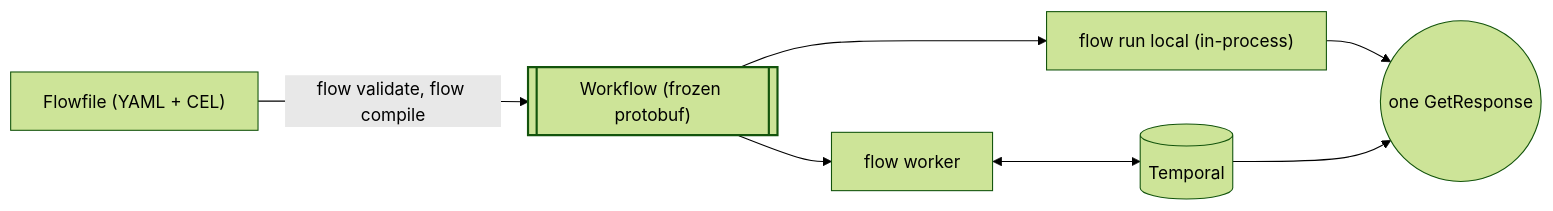
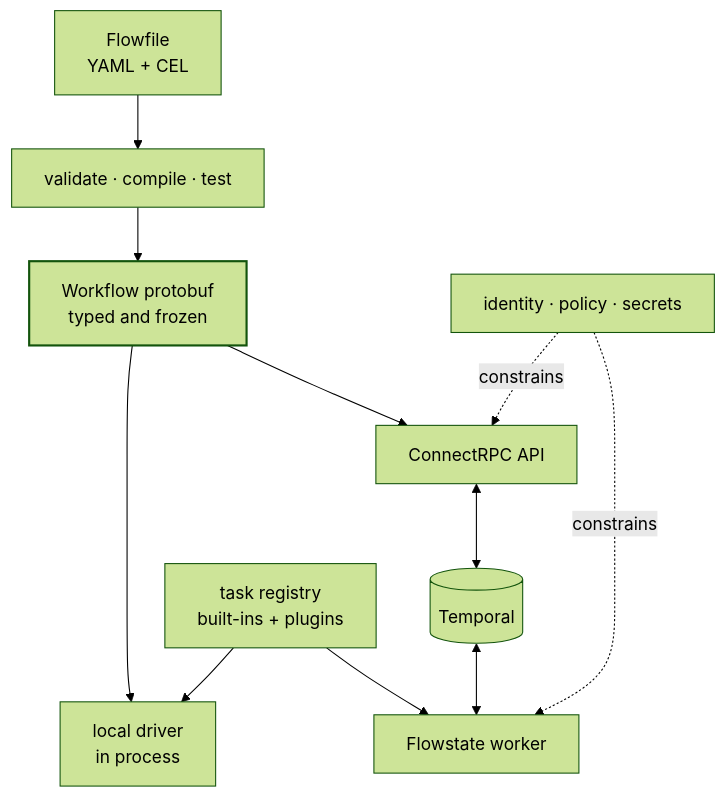
The diagram in README.md (picatz/flowstate), drawn with Mermaid (forest theme) before and after one commit. The commit also changed other lines of this file and 3 other files, not shown here.

````diff
--- a/README.md
+++ b/README.md
@@ -205,12 +139,16 @@
 ```mermaid
-flowchart LR
-  Flowfile["Flowfile (YAML + CEL)"] -->|"flow validate, flow compile"| Spec[["Workflow (frozen protobuf)"]]
-  Spec --> Local["flow run local (in-process)"]
-  Spec --> Worker["flow worker"]
-  Worker <--> Temporal[("Temporal")]
-  Local --> Answer(("one GetResponse"))
-  Temporal --> Answer
+flowchart TB
+  File["Flowfile<br/>YAML + CEL"] --> Check["validate · compile · test"]
+  Check --> Spec["Workflow protobuf<br/>typed and frozen"]
+  Spec --> Local["local driver<br/>in process"]
+  Spec --> API["ConnectRPC API"]
+  API <--> Temporal[("Temporal")]
+  Temporal <--> Worker["Flowstate worker"]
+  Registry["task registry<br/>built-ins + plugins"] --> Local
+  Registry --> Worker
+  Policy["identity · policy · secrets"] -. constrains .-> API
+  Policy -. constrains .-> Worker
 
-  classDef ir stroke-width:2px;
-  class Spec ir;
+  classDef contract stroke-width:2px;
+  class Spec contract;
 ```
````
